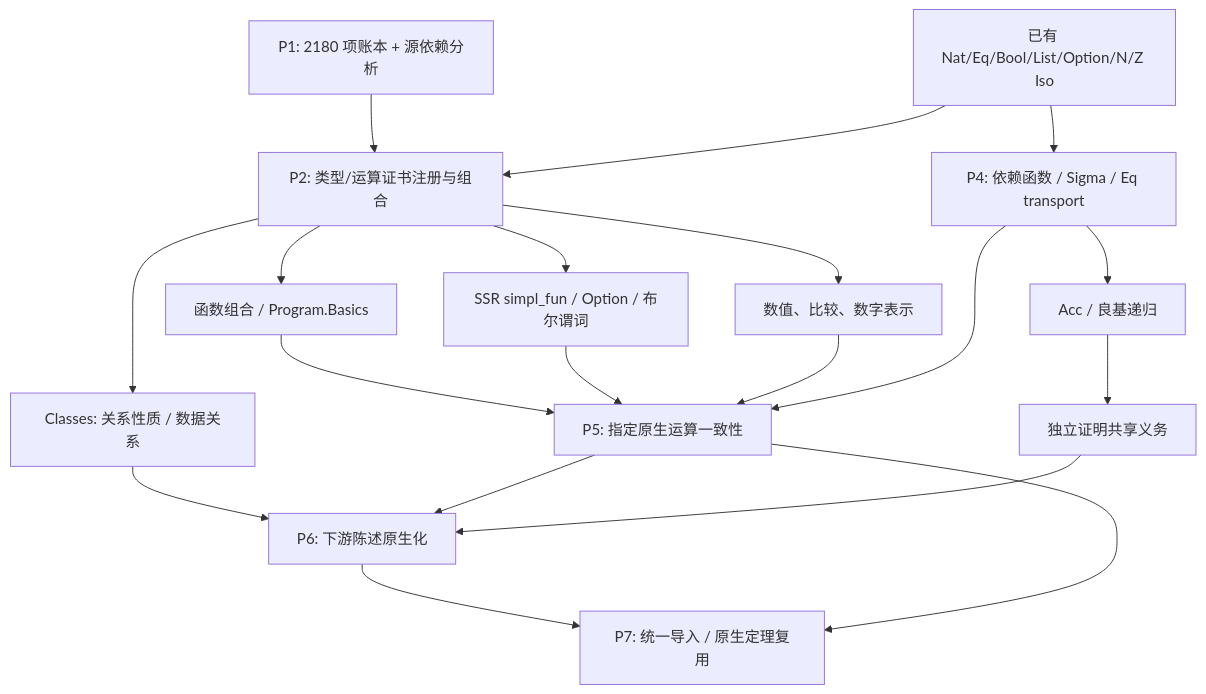
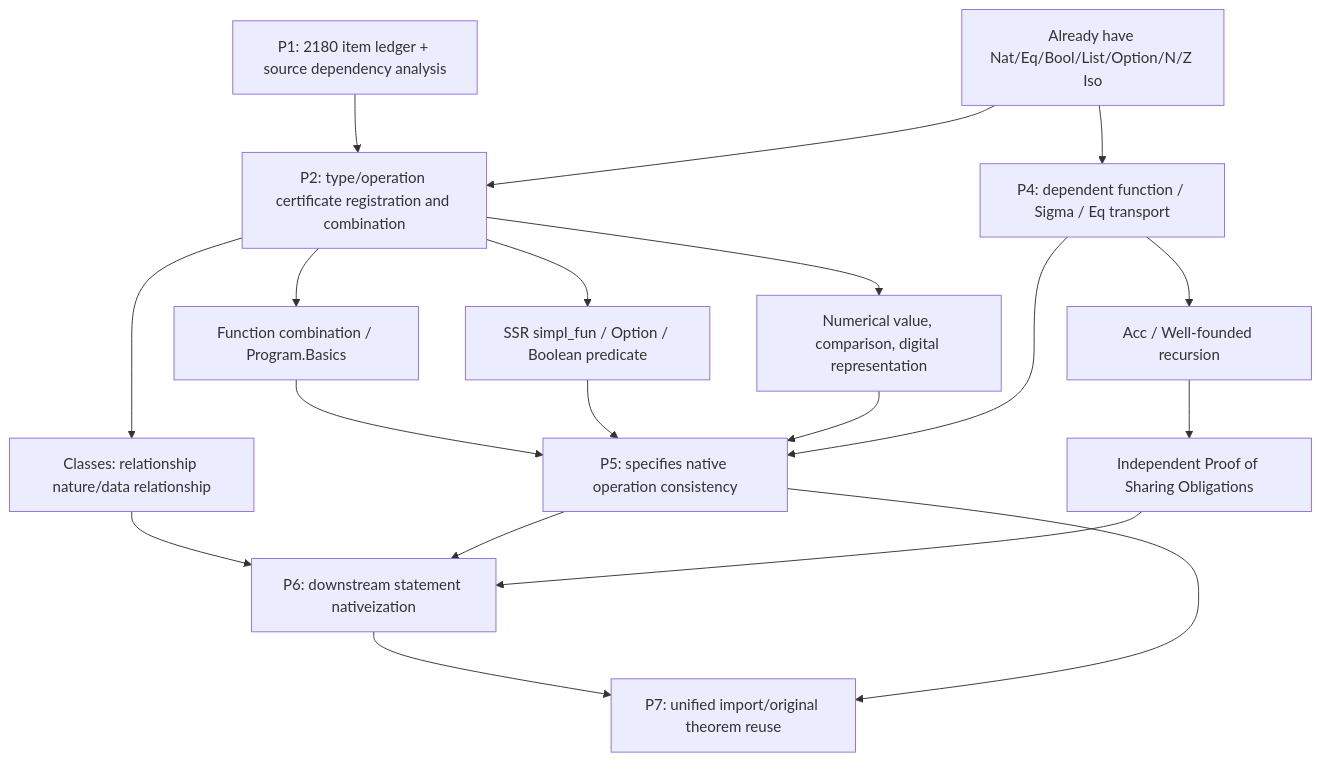
Before and after one commit to jackooo-dddd/rocq-core: the first of 26 diagrams in experiments/incremental-correspondence-20261019/DAG.md, drawn with Mermaid. The commit also changed other lines of this file and 701 other files, not shown here.

````diff
--- a/experiments/incremental-correspondence-20261019/DAG.md
+++ b/experiments/incremental-correspondence-20261019/DAG.md
@@ -5,21 +5,21 @@
 ```mermaid
 flowchart TD
-  Ledger["P1: 2180 项账本 + 源依赖分析"] --> Register["P2: 类型/运算证书注册与组合"]
-  Existing["已有 Nat/Eq/Bool/List/Option/N/Z Iso"] --> Register
-  Register --> Functions["函数组合 / Program.Basics"]
-  Register --> SSR["SSR simpl_fun / Option / 布尔谓词"]
-  Register --> Numeric["数值、比较、数字表示"]
-  Existing --> Dep["P4: 依赖函数 / Sigma / Eq transport"]
-  Dep --> Acc["Acc / 良基递归"]
-  Functions --> Operations["P5: 指定原生运算一致性"]
+  Ledger["P1: 2180 item ledger + source dependency analysis"] --> Register["P2: type/operation certificate registration and combination"]
+  Existing["Already have Nat/Eq/Bool/List/Option/N/Z Iso"] --> Register
+  Register --> Functions["Function combination / Program.Basics"]
+  Register --> SSR["SSR simpl_fun / Option / Boolean predicate"]
+  Register --> Numeric["Numerical value, comparison, digital representation"]
+  Existing --> Dep["P4: dependent function / Sigma / Eq transport"]
+  Dep --> Acc["Acc / Well-founded recursion"]
+  Functions --> Operations["P5: specifies native operation consistency"]
   SSR --> Operations
   Numeric --> Operations
   Dep --> Operations
-  Register --> Classes["Classes: 关系性质 / 数据关系"]
-  Classes --> Statements["P6: 下游陈述原生化"]
+  Register --> Classes["Classes: relationship nature/data relationship"]
+  Classes --> Statements["P6: downstream statement nativeization"]
   Operations --> Statements
-  Acc --> Obligations["独立证明共享义务"]
+  Acc --> Obligations["Independent Proof of Sharing Obligations"]
   Obligations --> Statements
-  Statements --> Integration["P7: 统一导入 / 原生定理复用"]
+  Statements --> Integration["P7: unified import/original theorem reuse"]
   Operations --> Integration
 ```
````
